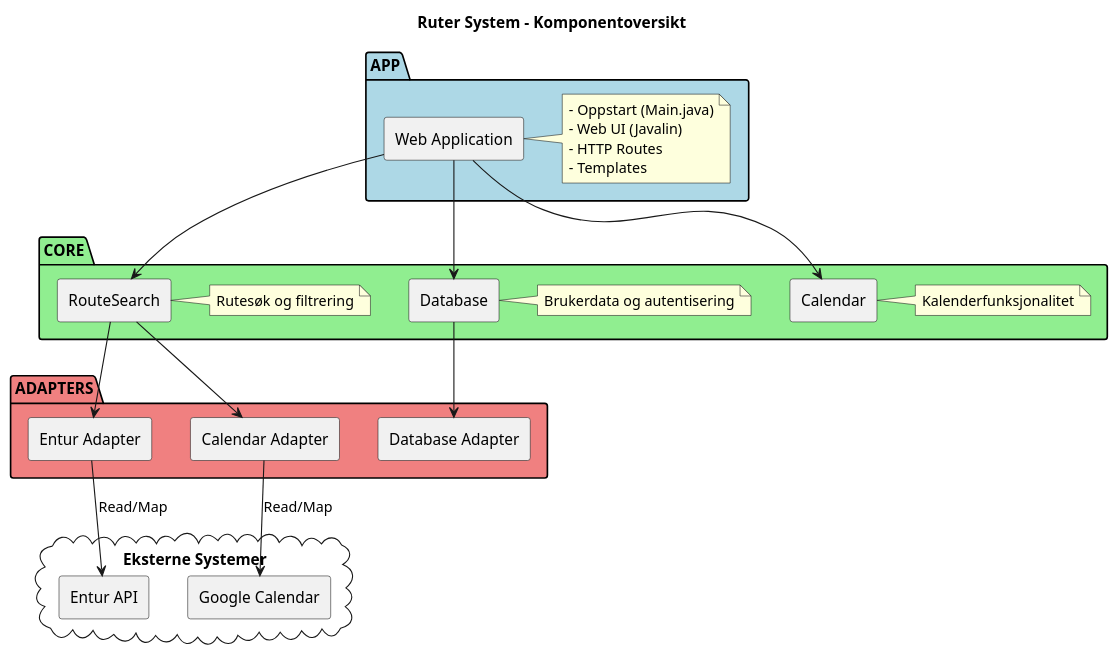
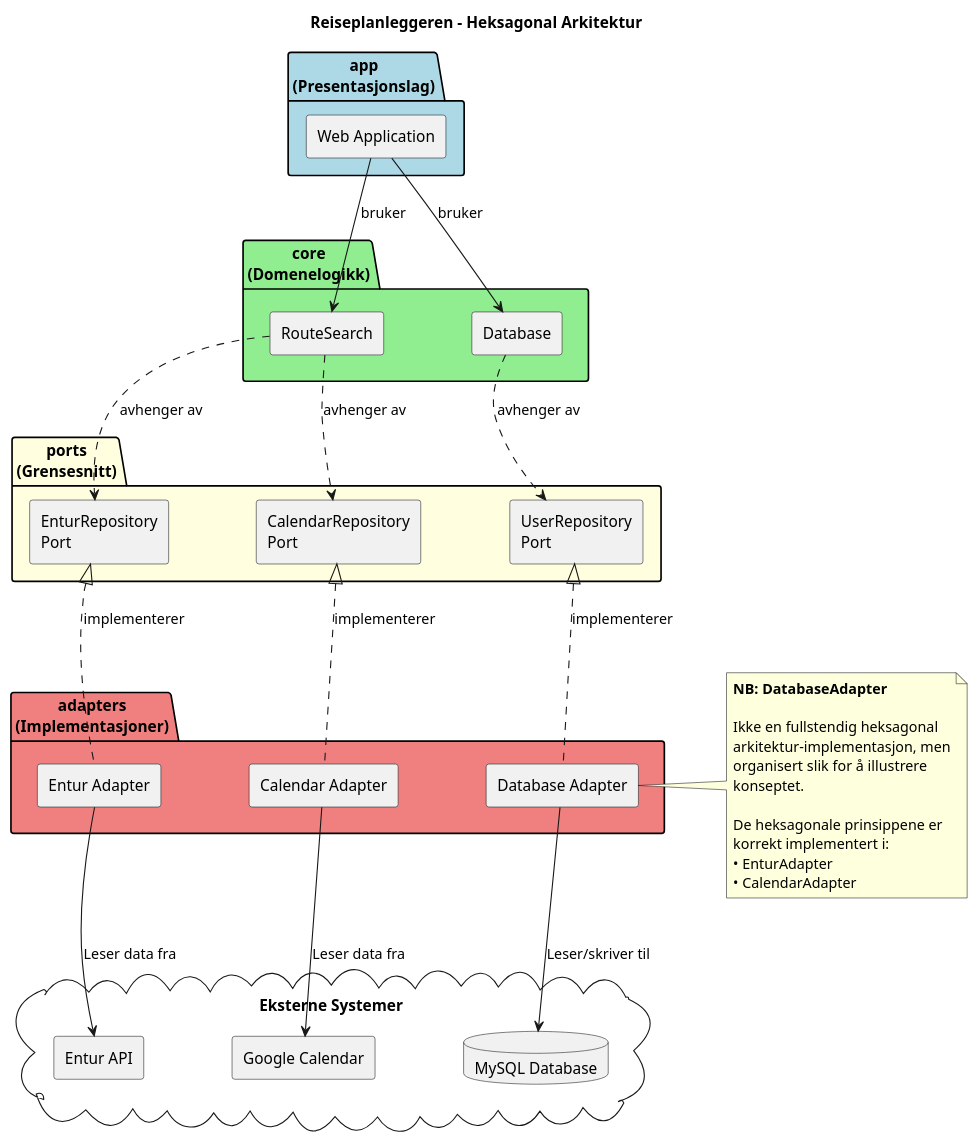
The diagram in develop/app/src/main/resources/Komponent.puml (Patr1ckTS/SET16_ProsjektEksamen), drawn with PlantUML before and after one commit. The commit also changed 16 other files, not shown here.

Commit message:
Fikses DB problemet og utarbeidet kompoentdiagram for å vise heksagonale strukturen.

```diff
--- a/develop/app/src/main/resources/Komponent.puml
+++ b/develop/app/src/main/resources/Komponent.puml
@@ -1,61 +1,87 @@
 @startuml Komponentdiagram
 skinparam componentStyle rectangle
+top to bottom direction
+skinparam nodesep 80
+skinparam ranksep 80
 
-title Ruter System - Komponentoversikt
+title Reiseplanleggeren - Heksagonal Arkitektur
 
-' ==================== APP MODULE ====================
-package "APP" #LightBlue {
+package "app\n(Presentasjonslag)" #LightBlue {
     [Web Application] as App
-    note right of App
-        - Oppstart (Main.java)
-        - Web UI (Javalin)
-        - HTTP Routes
-        - Templates
-    end note
 }
 
-' ==================== CORE MODULES ====================
-package "CORE" #LightGreen {
-    [RouteSearch] as RouteSearch
-    [Database] as Database
-    [Calendar] as Calendar
-
-    note right of RouteSearch
-        Rutesøk og filtrering
-    end note
-
-    note right of Database
-        Brukerdata og autentisering
-    end note
-
-    note right of Calendar
-        Kalenderfunksjonalitet
-    end note
+package "core\n(Domenelogikk)" #LightGreen {
+    together {
+        [RouteSearch] as RouteSearch
+        [Database] as Database
+    }
 }
 
-' ==================== ADAPTERS ====================
-package "ADAPTERS" #LightCoral {
-    [Entur Adapter] as EnturAdapter
-    [Calendar Adapter] as CalendarAdapter
-    [Database Adapter] as DatabaseAdapter
+package "ports\n(Grensesnitt)" #LightYellow {
+    together {
+        [EnturRepository\nPort] as EnturPort
+        [CalendarRepository\nPort] as CalendarPort
+        [UserRepository\nPort] as UserPort
+    }
 }
 
-' ==================== EKSTERNE SYSTEMER ====================
-cloud "Eksterne Systemer" {
-    [Entur API] as EnturAPI
-    [Google Calendar] as GoogleCal
+package "adapters\n(Implementasjoner)" #LightCoral {
+    together {
+        [Entur Adapter] as EnturAdapter
+        [Calendar Adapter] as CalendarAdapter
+        [Database Adapter] as DatabaseAdapter
+    }
 }
 
-' ==================== AVHENGIGHETER ====================
-App --> RouteSearch
-App --> Database
-App --> Calendar
+cloud "Eksterne Systemer" {
+    together {
+        [Entur API] as EnturAPI
+        [Google Calendar] as GoogleCal
+        database "MySQL Database" as MySQL
+    }
+}
 
-RouteSearch --> EnturAdapter
-RouteSearch --> CalendarAdapter
-Database --> DatabaseAdapter
+App -[hidden]down-> RouteSearch
+RouteSearch -[hidden]down-> EnturPort
+EnturPort -[hidden]down-> EnturAdapter
+EnturAdapter -[hidden]down-> EnturAPI
 
-EnturAdapter --> EnturAPI : Read/Map
-CalendarAdapter --> GoogleCal : Read/Map
+Database -[hidden]down-> UserPort
+CalendarPort -[hidden]down-> CalendarAdapter
+CalendarAdapter -[hidden]down-> GoogleCal
+
+' App til Core
+App --> RouteSearch : bruker
+App --> Database : bruker
+
+' Core til Ports
+RouteSearch ..> EnturPort : avhenger av
+RouteSearch ..> CalendarPort : avhenger av
+Database ..> UserPort : avhenger av
+
+' Adapters implementerer Ports
+EnturAdapter .up.|> EnturPort : implementerer
+CalendarAdapter .up.|> CalendarPort : implementerer
+DatabaseAdapter .up.|> UserPort : implementerer
+
+' Adapters til eksterne systemer
+EnturAdapter --> EnturAPI : Leser data fra
+CalendarAdapter --> GoogleCal : Leser data fra
+DatabaseAdapter --> MySQL : Leser/skriver til
+
+
+note right of DatabaseAdapter
+    **NB: DatabaseAdapter**
+
+    Ikke en fullstendig heksagonal
+    arkitektur-implementasjon, men
+    organisert slik for å illustrere
+    konseptet.
+
+    De heksagonale prinsippene er
+    korrekt implementert i:
+    • EnturAdapter
+    • CalendarAdapter
+end note
 
 @enduml
```
